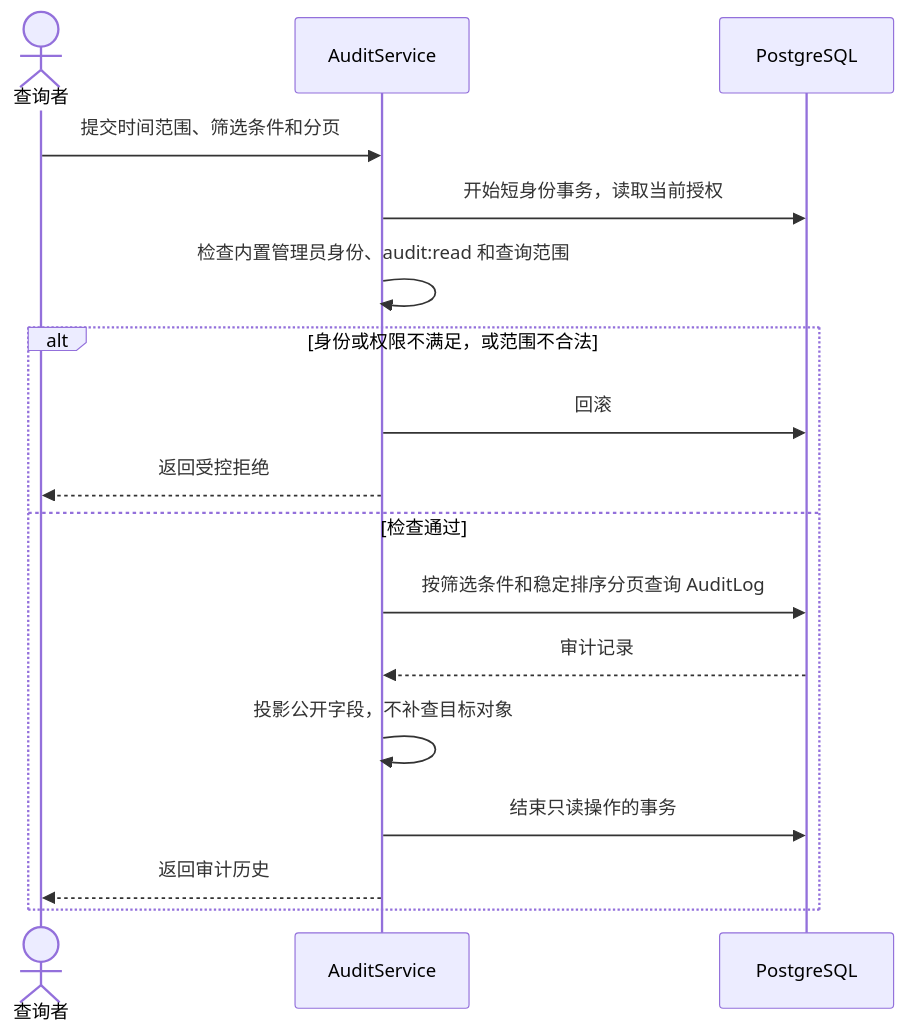
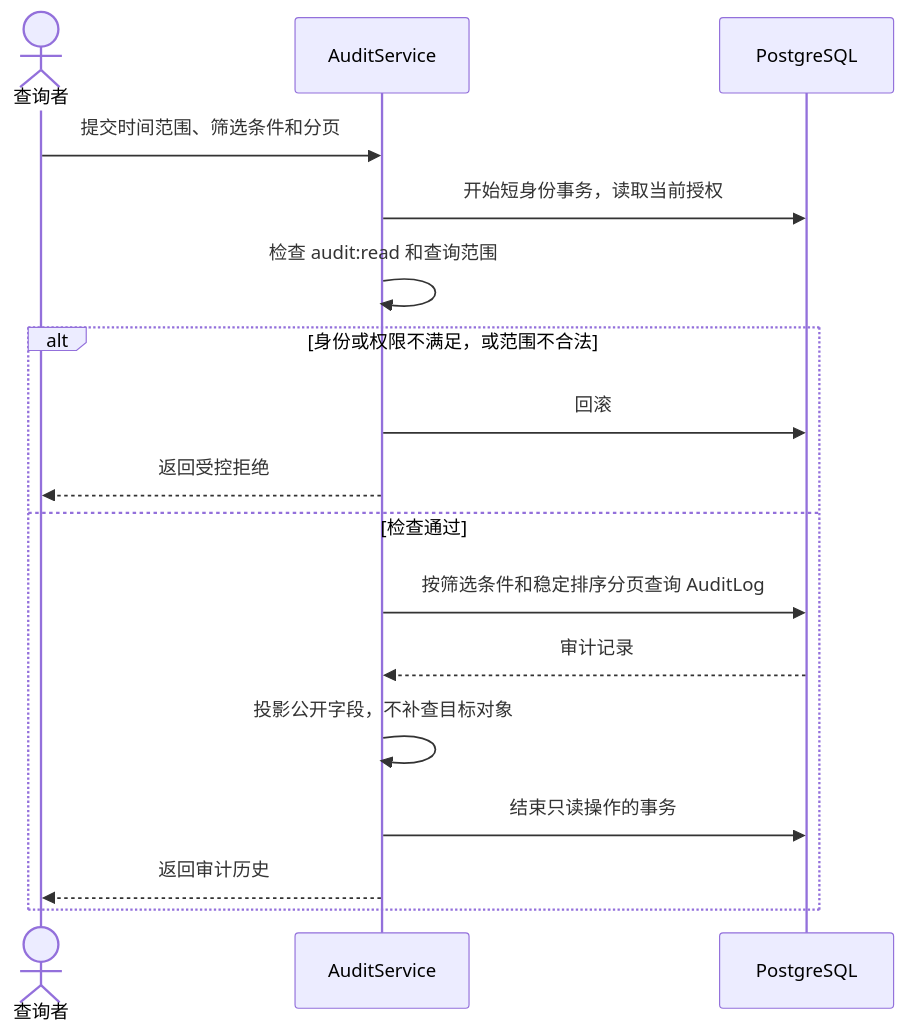
Before and after one commit to pfjhyyj/keystone: the second of 2 diagrams in docs/domains/audit.md, drawn with Mermaid. The commit also changed other lines of this file and 29 other files, not shown here.

````diff
--- a/docs/domains/audit.md
+++ b/docs/domains/audit.md
@@ -72,19 +72,19 @@
 ```mermaid
 sequenceDiagram
     actor U as 查询者
     participant S as AuditService
     participant D as PostgreSQL
     U->>S: 提交时间范围、筛选条件和分页
     S->>D: 开始短身份事务，读取当前授权
-    S->>S: 检查内置管理员身份、audit:read 和查询范围
+    S->>S: 检查 audit:read 和查询范围
     alt 身份或权限不满足，或范围不合法
         S->>D: 回滚
         S-->>U: 返回受控拒绝
     else 检查通过
         S->>D: 按筛选条件和稳定排序分页查询 AuditLog
         D-->>S: 审计记录
         S->>S: 投影公开字段，不补查目标对象
         S->>D: 结束只读操作的事务
         S-->>U: 返回审计历史
     end
 ```
````
